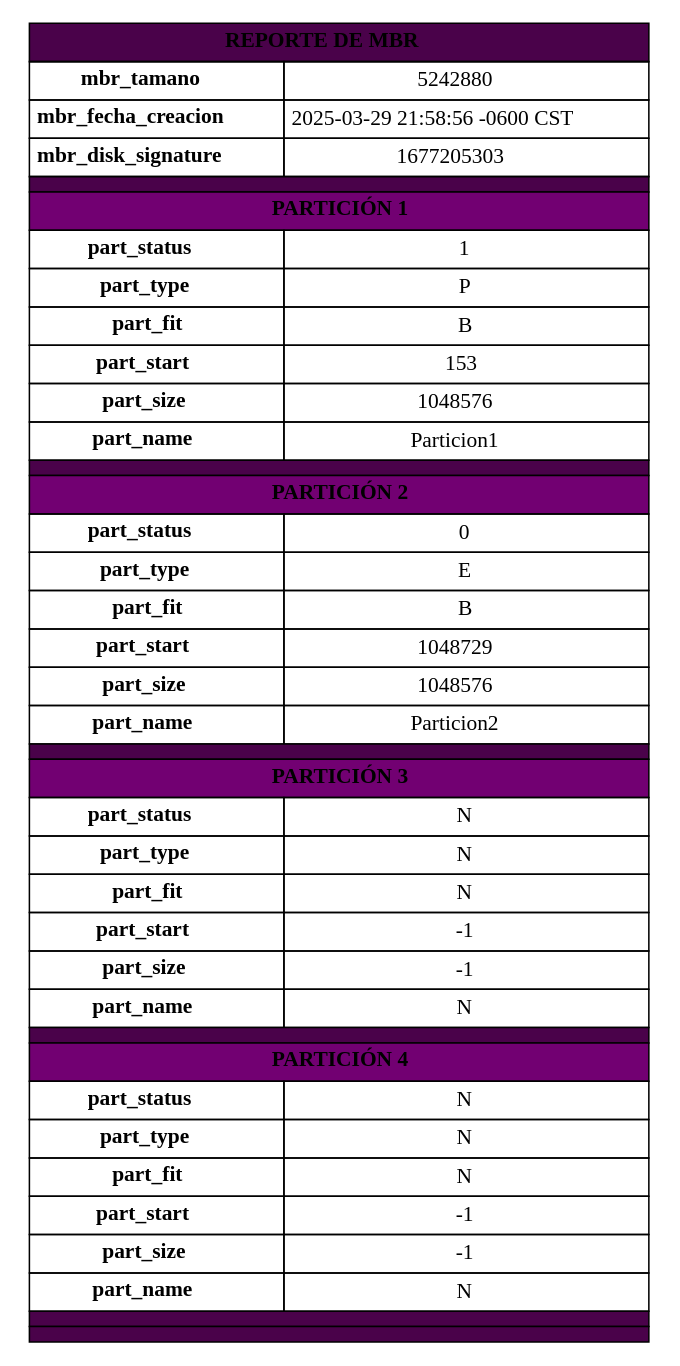
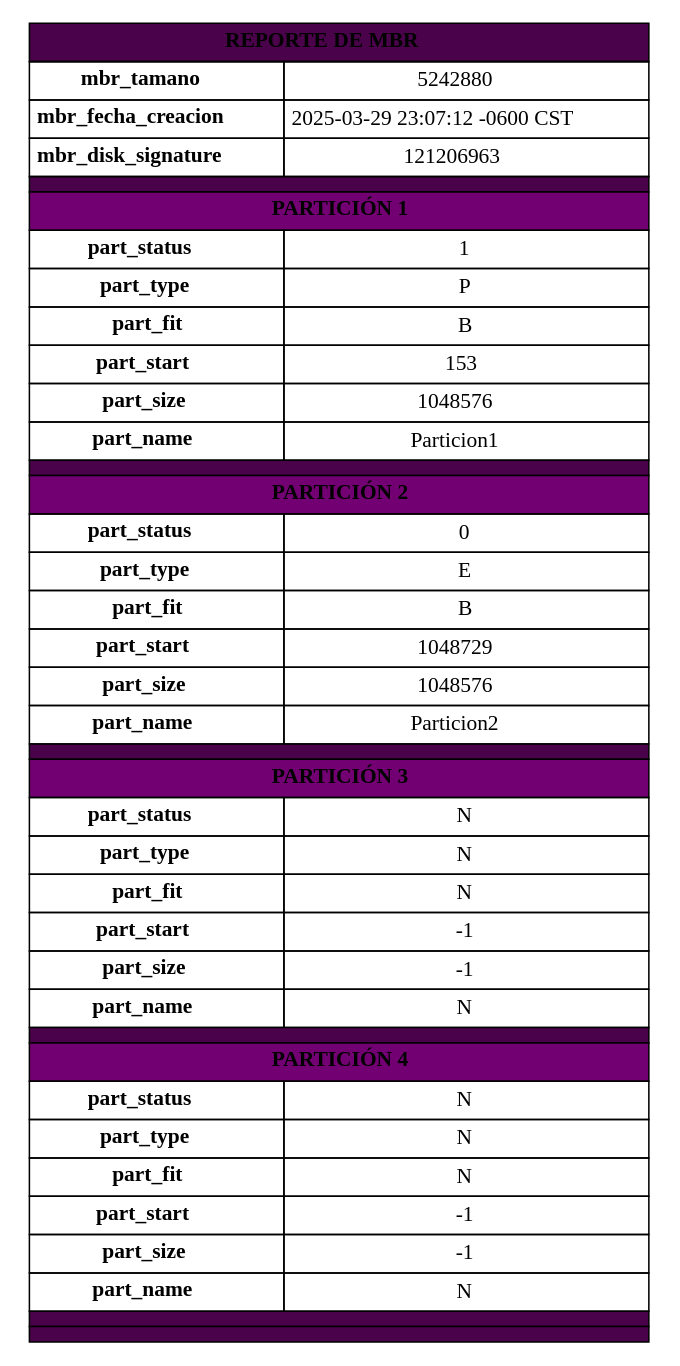
Before and after one commit to Brandon22023/MIA_1S2025_P1_202300813: the diagram in output/report_mbr.dot, drawn with Graphviz. The commit also changed 9 other files, not shown here.

```diff
--- a/output/report_mbr.dot
+++ b/output/report_mbr.dot
@@ -1,164 +1,164 @@
 digraph G {
 		node [shape=plaintext]
 		tabla [label=<
 			<table border="0" cellborder="1" cellspacing="0" cellpadding="4" style="rounded; font-family:Arial; font-size:12px;">
 				<!-- Encabezado principal -->
 				<tr>
 					<td colspan="2" bgcolor="#4A024A" style="color:white; font-size:16px; padding:8px; border-top-left-radius:8px; border-top-right-radius:8px;">
 						<b>REPORTE DE MBR</b>
 					</td>
 				</tr>
 				
 				<!-- Datos del MBR -->
 				<tr bgcolor="#EAD3EA">
 					<td><b>mbr_tamano</b></td>
 					<td>5242880</td>
 				</tr>
 				<tr>
 					<td><b>mbr_fecha_creacion</b></td>
-					<td>2025-03-29 21:58:56 -0600 CST</td>
+					<td>2025-03-29 23:07:12 -0600 CST</td>
 				</tr>
 				<tr bgcolor="#EAD3EA">
 					<td><b>mbr_disk_signature</b></td>
-					<td>1677205303</td>
+					<td>121206963</td>
 				</tr>
 				
 				<!-- Separador visual -->
 				<tr><td colspan="2" height="4" bgcolor="#4A024A"></td></tr>
             <!-- Partición 1 -->
             <tr>
                 <td colspan="2" bgcolor="#720072" style="color:white; font-size:14px; padding:6px;">
                     <b>PARTICIÓN 1</b>
                 </td>
             </tr>
             <tr bgcolor="#F5D0F5">
                 <td><b>part_status</b></td>
                 <td>1</td>
             </tr>
             <tr>
                 <td><b>part_type</b></td>
                 <td>P</td>
             </tr>
             <tr bgcolor="#F5D0F5">
                 <td><b>part_fit</b></td>
                 <td>B</td>
             </tr>
             <tr>
                 <td><b>part_start</b></td>
                 <td>153</td>
             </tr>
             <tr bgcolor="#F5D0F5">
                 <td><b>part_size</b></td>
                 <td>1048576</td>
             </tr>
             <tr>
                 <td><b>part_name</b></td>
                 <td>Particion1</td>
             </tr>
             
             <!-- Separador visual entre particiones -->
             <tr><td colspan="2" height="4" bgcolor="#4A024A"></td></tr>
             <!-- Partición 2 -->
             <tr>
                 <td colspan="2" bgcolor="#720072" style="color:white; font-size:14px; padding:6px;">
                     <b>PARTICIÓN 2</b>
                 </td>
             </tr>
             <tr bgcolor="#F5D0F5">
                 <td><b>part_status</b></td>
                 <td>0</td>
             </tr>
             <tr>
                 <td><b>part_type</b></td>
                 <td>E</td>
             </tr>
             <tr bgcolor="#F5D0F5">
                 <td><b>part_fit</b></td>
                 <td>B</td>
             </tr>
             <tr>
                 <td><b>part_start</b></td>
                 <td>1048729</td>
             </tr>
             <tr bgcolor="#F5D0F5">
                 <td><b>part_size</b></td>
                 <td>1048576</td>
             </tr>
             <tr>
                 <td><b>part_name</b></td>
                 <td>Particion2</td>
             </tr>
             
             <!-- Separador visual entre particiones -->
             <tr><td colspan="2" height="4" bgcolor="#4A024A"></td></tr>
             <!-- Partición 3 -->
             <tr>
                 <td colspan="2" bgcolor="#720072" style="color:white; font-size:14px; padding:6px;">
                     <b>PARTICIÓN 3</b>
                 </td>
             </tr>
             <tr bgcolor="#F5D0F5">
                 <td><b>part_status</b></td>
                 <td>N</td>
             </tr>
             <tr>
                 <td><b>part_type</b></td>
                 <td>N</td>
             </tr>
             <tr bgcolor="#F5D0F5">
                 <td><b>part_fit</b></td>
                 <td>N</td>
             </tr>
             <tr>
                 <td><b>part_start</b></td>
                 <td>-1</td>
             </tr>
             <tr bgcolor="#F5D0F5">
                 <td><b>part_size</b></td>
                 <td>-1</td>
             </tr>
             <tr>
                 <td><b>part_name</b></td>
                 <td>N</td>
             </tr>
             
             <!-- Separador visual entre particiones -->
             <tr><td colspan="2" height="4" bgcolor="#4A024A"></td></tr>
             <!-- Partición 4 -->
             <tr>
                 <td colspan="2" bgcolor="#720072" style="color:white; font-size:14px; padding:6px;">
                     <b>PARTICIÓN 4</b>
                 </td>
             </tr>
             <tr bgcolor="#F5D0F5">
                 <td><b>part_status</b></td>
                 <td>N</td>
             </tr>
             <tr>
                 <td><b>part_type</b></td>
                 <td>N</td>
             </tr>
             <tr bgcolor="#F5D0F5">
                 <td><b>part_fit</b></td>
                 <td>N</td>
             </tr>
             <tr>
                 <td><b>part_start</b></td>
                 <td>-1</td>
             </tr>
             <tr bgcolor="#F5D0F5">
                 <td><b>part_size</b></td>
                 <td>-1</td>
             </tr>
             <tr>
                 <td><b>part_name</b></td>
                 <td>N</td>
             </tr>
             
             <!-- Separador visual entre particiones -->
             <tr><td colspan="2" height="4" bgcolor="#4A024A"></td></tr>
 	<!-- Pie de tabla -->
 	<tr>
 		<td colspan="2" bgcolor="#4A024A" style="border-bottom-left-radius:8px; border-bottom-right-radius:8px; height:4px;"></td>
 	</tr>
 	</table>>] }"
```
